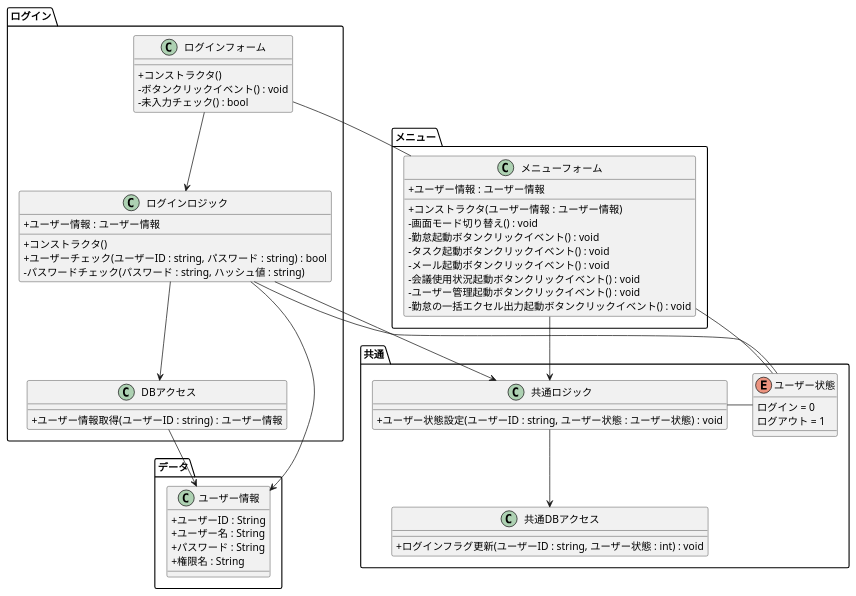
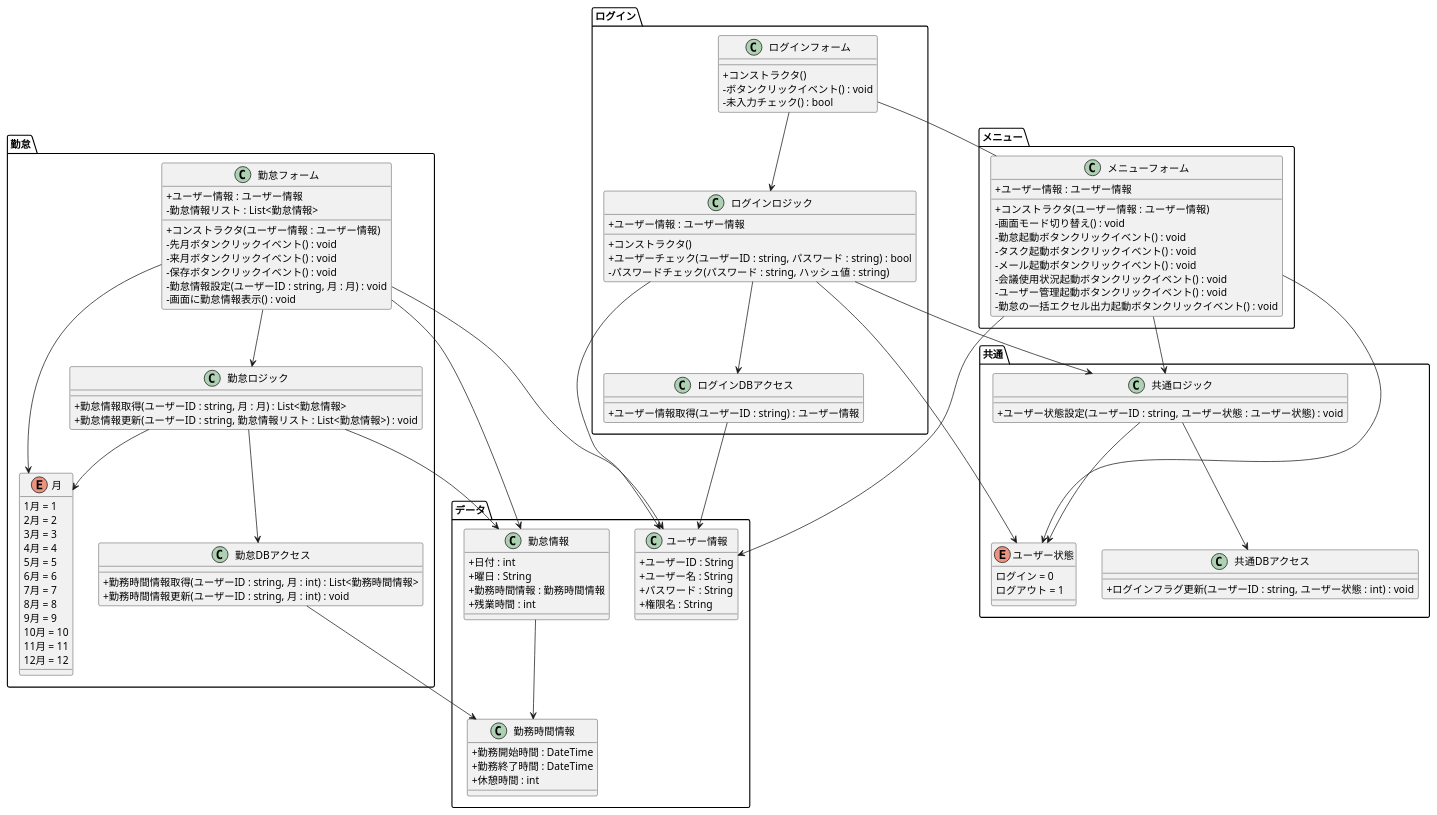
Before and after one commit to R-SAIKI/practiceUML: the diagram in クラス図/クラス.pu, drawn with PlantUML. The commit also changed 9 other files, not shown here.

```diff
--- a/クラス図/クラス.pu
+++ b/クラス図/クラス.pu
@@ -1,68 +1,135 @@
 @startuml
+
 skinparam classAttributeIconSize 0
 ログイン.ログインフォーム --> ログイン.ログインロジック
 ログイン.ログインフォーム - メニュー.メニューフォーム
-ログイン.ログインロジック --> ログイン.DBアクセス
+ログイン.ログインロジック --> ログイン.ログインDBアクセス
 ログイン.ログインロジック --> 共通.共通ロジック
 ログイン.ログインロジック --> データ.ユーザー情報
-ログイン.ログインロジック - 共通.ユーザー状態
-メニュー.メニューフォーム - 共通.ユーザー状態
+ログイン.ログインロジック --> 共通.ユーザー状態
+ログイン.ログインDBアクセス --> データ.ユーザー情報
+メニュー.メニューフォーム --> 共通.ユーザー状態
 メニュー.メニューフォーム --> 共通.共通ロジック
-ログイン.DBアクセス --> データ.ユーザー情報
+メニュー.メニューフォーム --> データ.ユーザー情報
 共通.共通ロジック --> 共通.共通DBアクセス
-共通.共通ロジック - 共通.ユーザー状態
+共通.共通ロジック --> 共通.ユーザー状態
+勤怠.勤怠フォーム --> データ.ユーザー情報
+勤怠.勤怠フォーム --> 勤怠.勤怠ロジック
+勤怠.勤怠フォーム --> データ.勤怠情報
+勤怠.勤怠フォーム --> 勤怠.月
+勤怠.勤怠ロジック --> データ.勤怠情報
+勤怠.勤怠ロジック --> 勤怠.月
+勤怠.勤怠ロジック --> 勤怠.勤怠DBアクセス
+勤怠.勤怠DBアクセス --> データ.勤務時間情報
+データ.勤怠情報 --> データ.勤務時間情報
 
 namespace ログイン #FFFFFF {
   class ログインフォーム {
     + コンストラクタ()
     - ボタンクリックイベント() : void
     - 未入力チェック() : bool
   }
   
   class ログインロジック {
      + ユーザー情報 : ユーザー情報
      + コンストラクタ()
      + ユーザーチェック(ユーザーID : string, パスワード : string) : bool
      - パスワードチェック(パスワード : string, ハッシュ値 : string)
   }
   
-  class DBアクセス {
+  class ログインDBアクセス {
      + ユーザー情報取得(ユーザーID : string) : ユーザー情報
   }
 }
+
+namespace 勤怠 #FFFFFF {
+
+  enum 月 {
+    1月 = 1
+    2月 = 2
+    3月 = 3
+    4月 = 4
+    5月 = 5
+    6月 = 6
+    7月 = 7
+    8月 = 8
+    9月 = 9
+    10月 = 10
+    11月 = 11
+    12月 = 12
+  }
+
+  class 勤怠フォーム {
+     + ユーザー情報 : ユーザー情報
+    - 勤怠情報リスト : List<勤怠情報>
+    + コンストラクタ(ユーザー情報 : ユーザー情報)
+    - 先月ボタンクリックイベント() : void
+    - 来月ボタンクリックイベント() : void
+    - 保存ボタンクリックイベント() : void
+    - 勤怠情報設定(ユーザーID : string, 月 : 月) : void
+    - 画面に勤怠情報表示() : void
+  }
+  
+  class 勤怠ロジック {
+     + 勤怠情報取得(ユーザーID : string, 月 : 月) : List<勤怠情報>
+     + 勤怠情報更新(ユーザーID : string, 勤怠情報リスト : List<勤怠情報>) : void
+  }
+  
+  class 勤怠DBアクセス {
+     + 勤務時間情報取得(ユーザーID : string, 月 : int) : List<勤務時間情報>
+     + 勤務時間情報更新(ユーザーID : string, 月 : int) : void
+  }
+}
+
 namespace 共通 #FFFFFF {
   enum ユーザー状態 {
     ログイン = 0
     ログアウト = 1
   }
 
   class 共通ロジック {
     + ユーザー状態設定(ユーザーID : string, ユーザー状態 : ユーザー状態) : void
   }
   
   class 共通DBアクセス {
     + ログインフラグ更新(ユーザーID : string, ユーザー状態 : int) : void
   }
 }
+
 namespace メニュー #FFFFFF {
   class メニューフォーム {
      + ユーザー情報 : ユーザー情報
     + コンストラクタ(ユーザー情報 : ユーザー情報)
     - 画面モード切り替え() : void
     - 勤怠起動ボタンクリックイベント() : void
     - タスク起動ボタンクリックイベント() : void
     - メール起動ボタンクリックイベント() : void
     - 会議使用状況起動ボタンクリックイベント() : void
     - ユーザー管理起動ボタンクリックイベント() : void
     - 勤怠の一括エクセル出力起動ボタンクリックイベント() : void
   }
 }
+
 namespace データ #FFFFFF {
   class ユーザー情報 {
      + ユーザーID : String
      + ユーザー名 : String
      + パスワード : String
      + 権限名 : String
   }
+
+  class 勤怠情報 {
+     + 日付 : int
+     + 曜日 : String
+     + 勤務時間情報 : 勤務時間情報
+     + 残業時間 : int
+  }
+
+  class 勤務時間情報 {
+     + 勤務開始時間 : DateTime
+     + 勤務終了時間 : DateTime 
+     + 休憩時間 : int
+  }
 }
+
 @enduml
```
